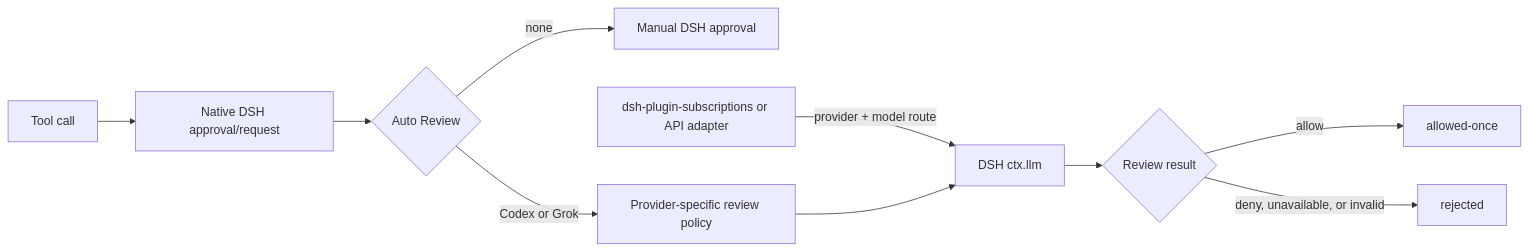
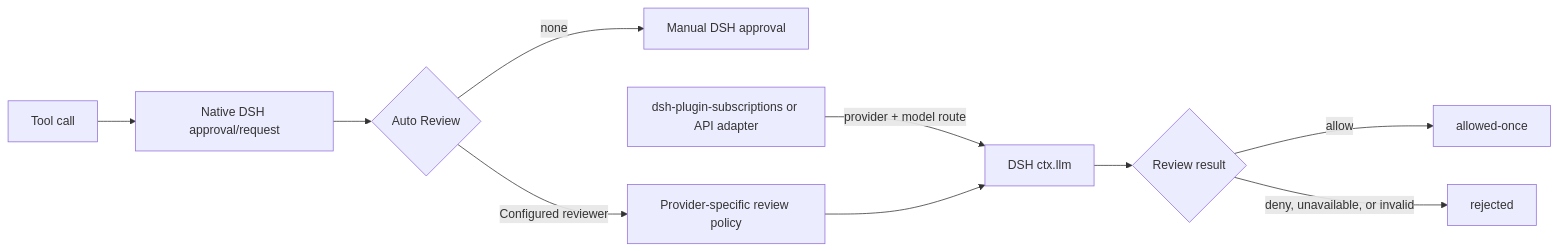
One commit to delef/dsh-plugin-auto-review changed the diagram in README.md. Above: the diagram before and after it, drawn with Mermaid.

Commit message:
docs: make reviewer flow provider-neutral

````diff
--- a/README.md
+++ b/README.md
@@ -15,12 +15,12 @@
 ```mermaid
 flowchart LR
     A[Tool call] --> B[Native DSH approval/request]
     B --> C{Auto Review}
     C -->|none| D[Manual DSH approval]
-    C -->|Codex or Grok| E[Provider-specific review policy]
+    C -->|Configured reviewer| E[Provider-specific review policy]
     F[dsh-plugin-subscriptions or API adapter] -->|provider + model route| G[DSH ctx.llm]
     E --> G
     G --> H{Review result}
     H -->|allow| I[allowed-once]
     H -->|deny, unavailable, or invalid| J[rejected]
 ```
````
